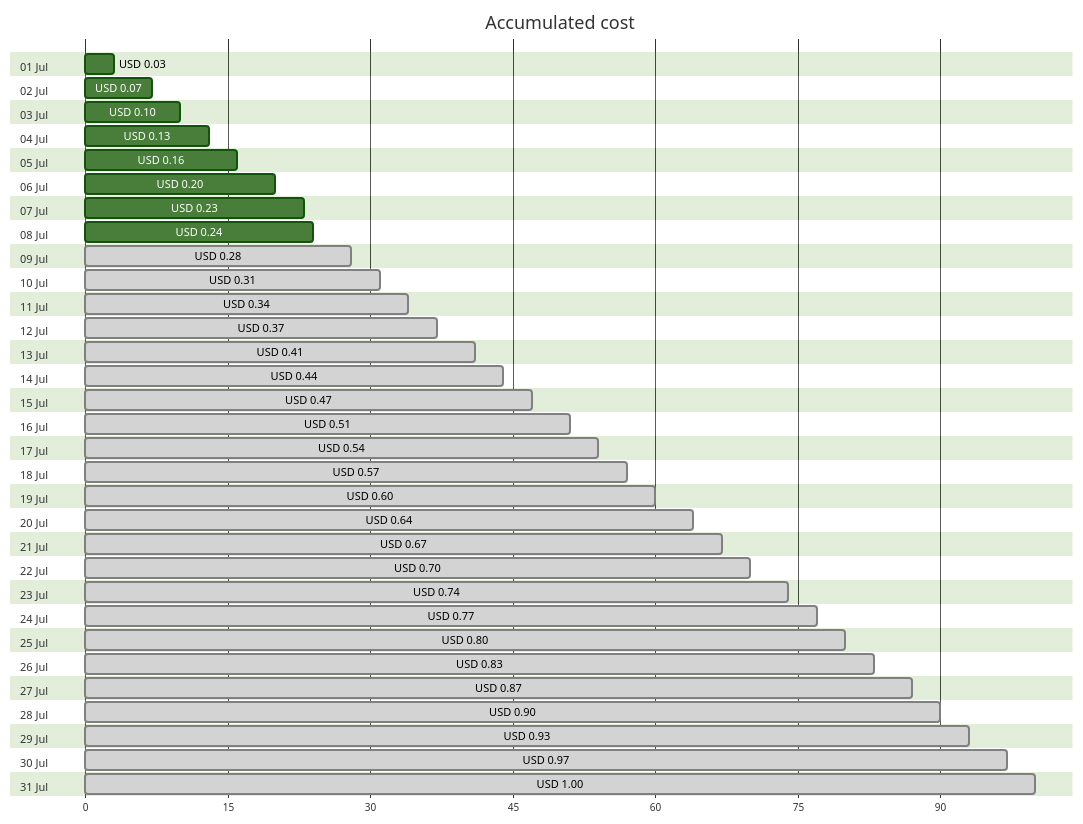
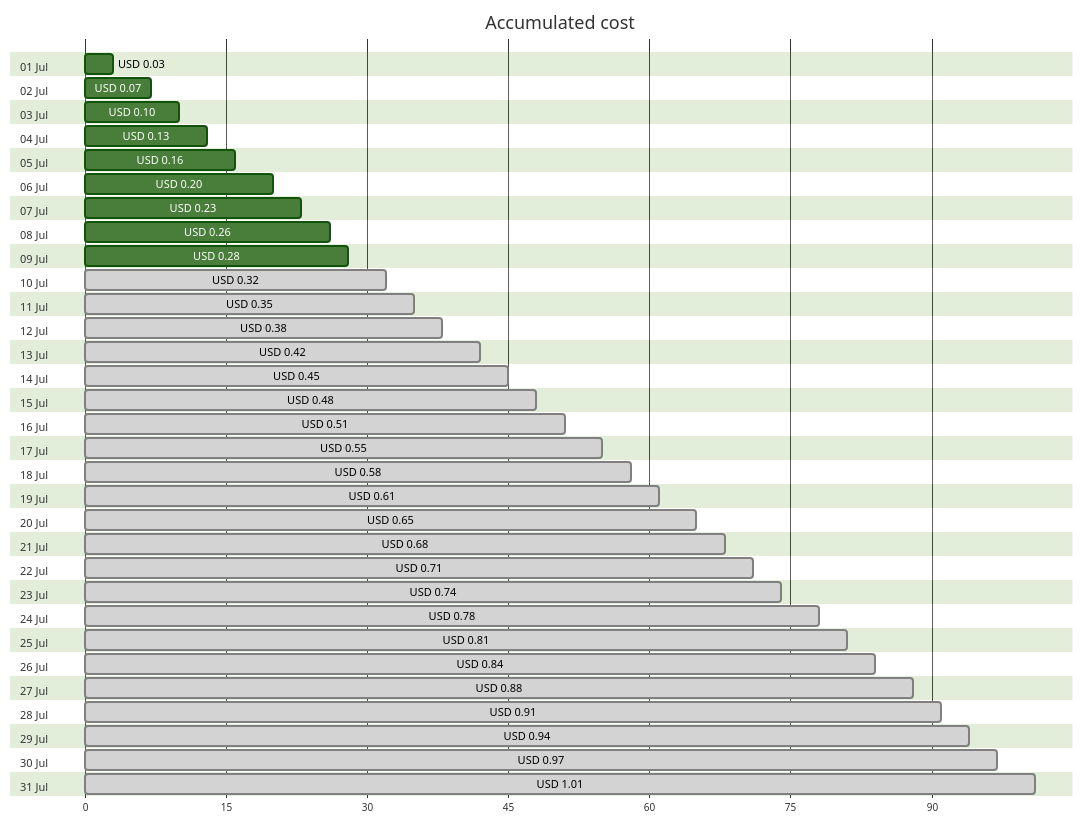
One commit to jpfulton/azure-personal-reports changed the first of 4 diagrams in cost-reports/personal-dns/README.md. Above: the diagram before and after it, drawn with Mermaid (forest theme). The commit also changed other lines of this file and 2 other files, not shown here.

Commit message:
Generated reports [skip ci]

````diff
--- a/cost-reports/personal-dns/README.md
+++ b/cost-reports/personal-dns/README.md
@@ -20,68 +20,68 @@
 ```mermaid
 gantt
    title Accumulated cost
    dateFormat  X
    axisFormat %s
    section 01 Jul
    USD 0.03 :0, 3
    section 02 Jul
    USD 0.07 :0, 7
    section 03 Jul
    USD 0.10 :0, 10
    section 04 Jul
    USD 0.13 :0, 13
    section 05 Jul
    USD 0.16 :0, 16
    section 06 Jul
    USD 0.20 :0, 20
    section 07 Jul
    USD 0.23 :0, 23
    section 08 Jul
-   USD 0.24 :0, 24
+   USD 0.26 :0, 26
    section 09 Jul
-   USD 0.28 : done, 0, 28
+   USD 0.28 :0, 28
    section 10 Jul
-   USD 0.31 : done, 0, 31
+   USD 0.32 : done, 0, 32
    section 11 Jul
-   USD 0.34 : done, 0, 34
+   USD 0.35 : done, 0, 35
    section 12 Jul
-   USD 0.37 : done, 0, 37
+   USD 0.38 : done, 0, 38
    section 13 Jul
-   USD 0.41 : done, 0, 41
+   USD 0.42 : done, 0, 42
    section 14 Jul
-   USD 0.44 : done, 0, 44
+   USD 0.45 : done, 0, 45
    section 15 Jul
-   USD 0.47 : done, 0, 47
+   USD 0.48 : done, 0, 48
    section 16 Jul
    USD 0.51 : done, 0, 51
    section 17 Jul
-   USD 0.54 : done, 0, 54
+   USD 0.55 : done, 0, 55
    section 18 Jul
-   USD 0.57 : done, 0, 57
+   USD 0.58 : done, 0, 58
    section 19 Jul
-   USD 0.60 : done, 0, 60
+   USD 0.61 : done, 0, 61
    section 20 Jul
-   USD 0.64 : done, 0, 64
+   USD 0.65 : done, 0, 65
    section 21 Jul
-   USD 0.67 : done, 0, 67
+   USD 0.68 : done, 0, 68
    section 22 Jul
-   USD 0.70 : done, 0, 70
+   USD 0.71 : done, 0, 71
    section 23 Jul
    USD 0.74 : done, 0, 74
    section 24 Jul
-   USD 0.77 : done, 0, 77
+   USD 0.78 : done, 0, 78
    section 25 Jul
-   USD 0.80 : done, 0, 80
+   USD 0.81 : done, 0, 81
    section 26 Jul
-   USD 0.83 : done, 0, 83
+   USD 0.84 : done, 0, 84
    section 27 Jul
-   USD 0.87 : done, 0, 87
+   USD 0.88 : done, 0, 88
    section 28 Jul
-   USD 0.90 : done, 0, 90
+   USD 0.91 : done, 0, 91
    section 29 Jul
-   USD 0.93 : done, 0, 93
+   USD 0.94 : done, 0, 94
    section 30 Jul
    USD 0.97 : done, 0, 97
    section 31 Jul
-   USD 1.00 : done, 0, 100
+   USD 1.01 : done, 0, 101
 ```
````
